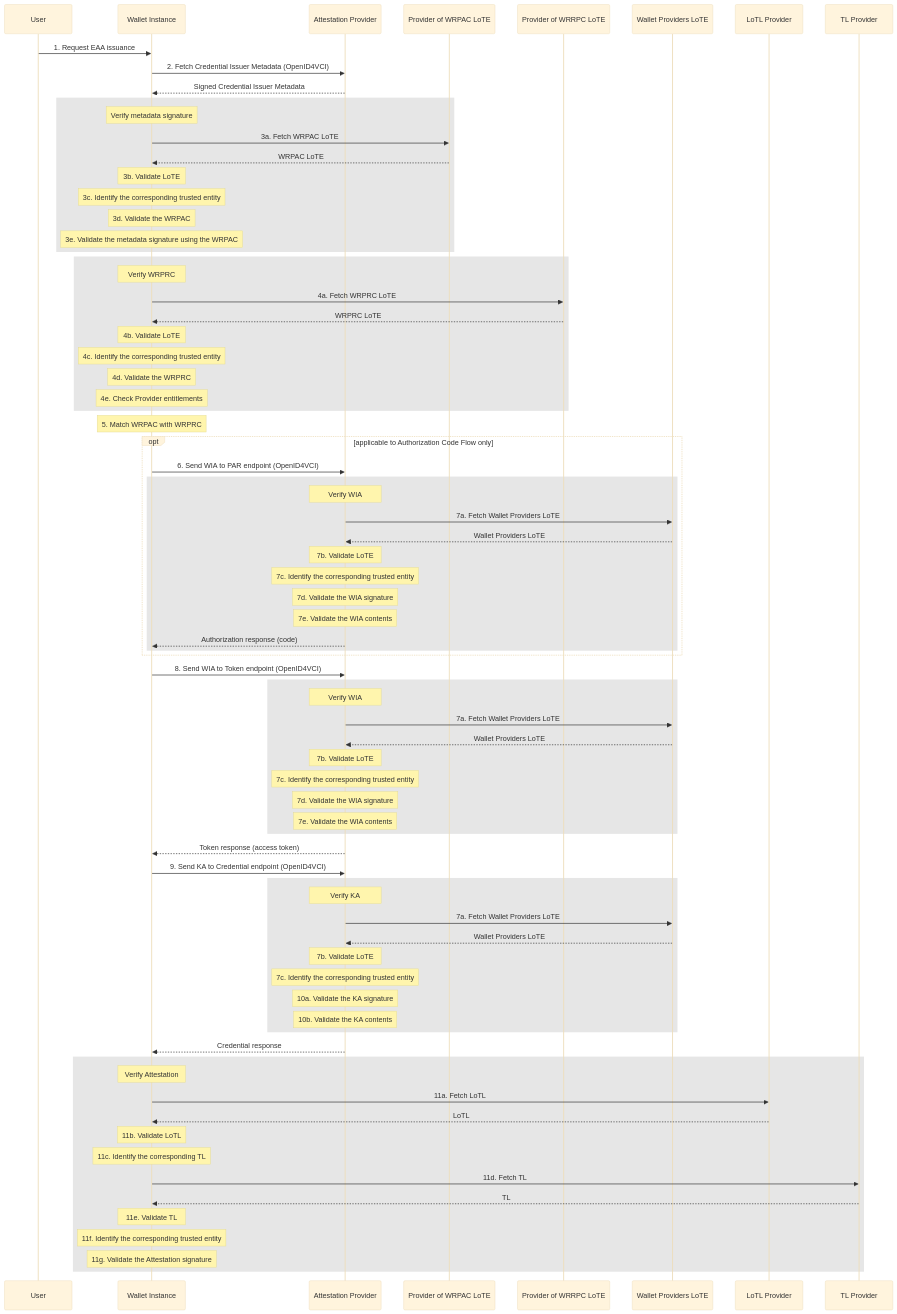
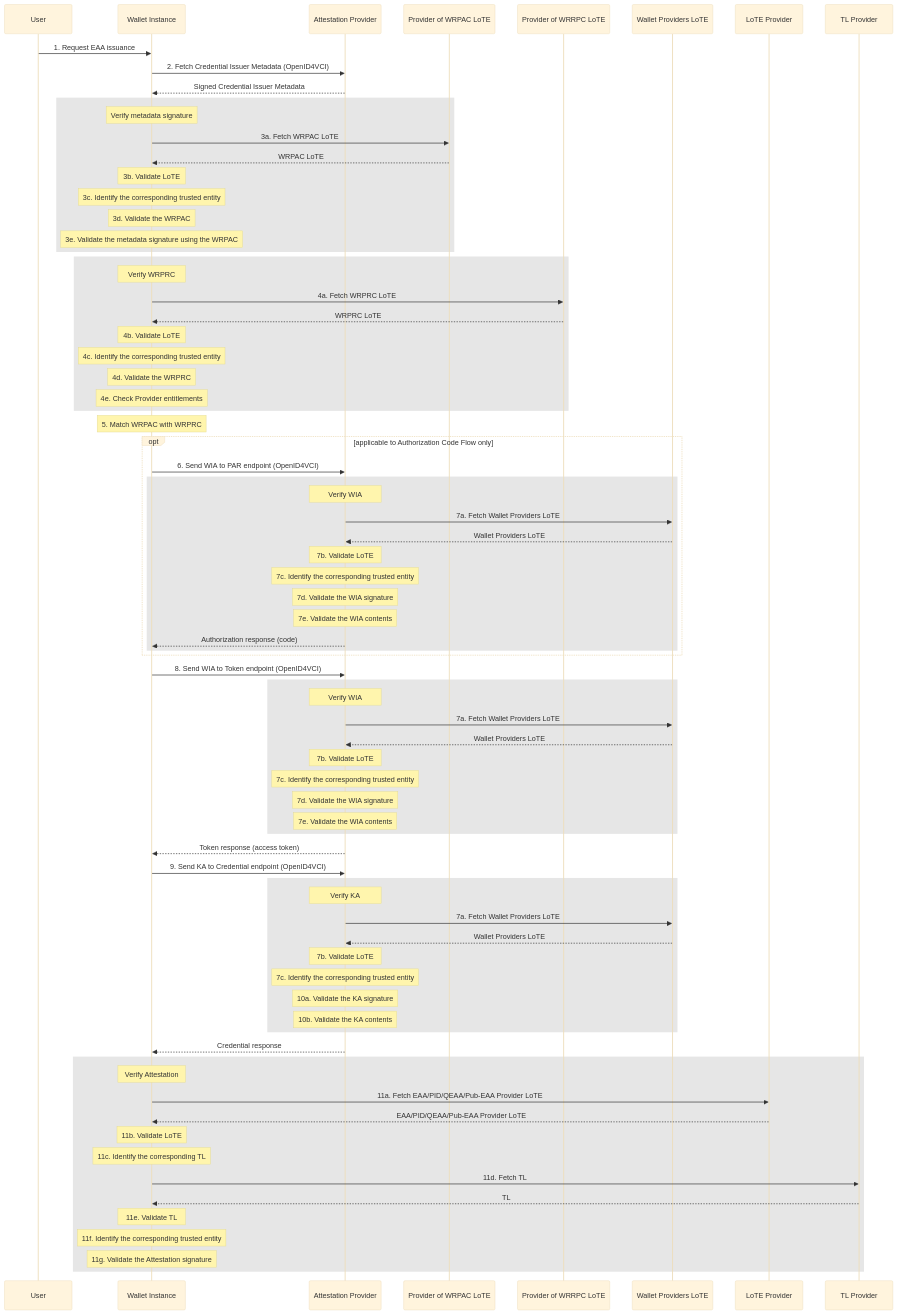
One commit to APTITUDE-Consortium/wp2-trust-specifications changed the diagram in docs/topics/trust-checks-issuance.md. Above: the diagram before and after it, drawn with Mermaid (base theme). The commit also changed other lines of this file, not shown here.

Commit message:
Renamed LOTE

```diff
--- a/docs/topics/trust-checks-issuance.md
+++ b/docs/topics/trust-checks-issuance.md
@@ -7,7 +7,7 @@
     participant WRPACLoTE as Provider of WRPAC LoTE
     participant WRPCLoTE as Provider of WRRPC LoTE
     participant WProvider as Wallet Providers LoTE
-    participant LoTL as LoTL Provider
+    participant LoTL as LoTE Provider
     participant TL as TL Provider
 
     User->>Wallet: 1. Request EAA issuance
@@ -78,9 +78,9 @@
 
     rect rgb(230, 230, 230)
     Note over Wallet: Verify Attestation
-    Wallet->>LoTL: 11a. Fetch LoTL
-    LoTL-->>Wallet: LoTL
-    Note over Wallet: 11b. Validate LoTL
+    Wallet->>LoTL: 11a. Fetch EAA/PID/QEAA/Pub-EAA Provider LoTE
+    LoTL-->>Wallet: EAA/PID/QEAA/Pub-EAA Provider LoTE
+    Note over Wallet: 11b. Validate LoTE
     Note over Wallet: 11c. Identify the corresponding TL
     Wallet->>TL: 11d. Fetch TL
     TL-->>Wallet: TL
```
